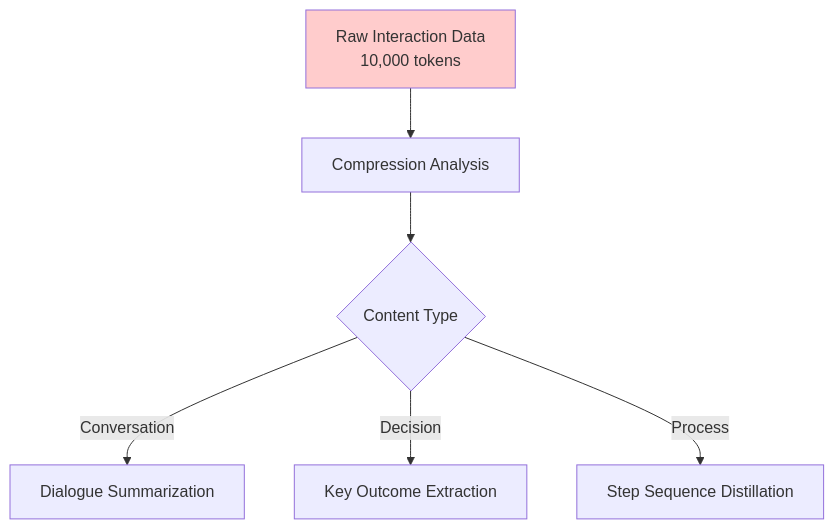
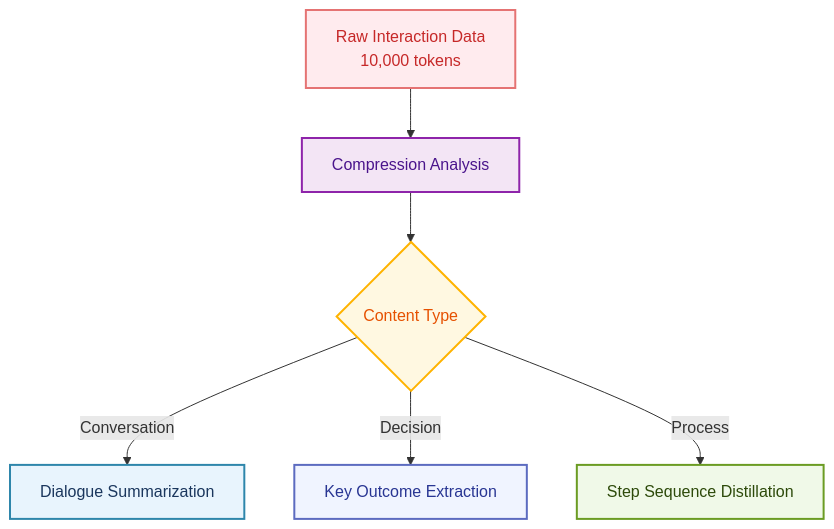
One commit to raphaelmansuy/digital_palace changed the seventh of 17 diagrams in reference/technical-articles/2025-06-29-context-management-llm-agents.md. Above: the diagram before and after it, drawn with Mermaid. The commit also changed other lines of this file, not shown here.

Commit message:
feat: enhance flowchart styles for improved visual clarity and consistency

````diff
--- a/reference/technical-articles/2025-06-29-context-management-llm-agents.md
+++ b/reference/technical-articles/2025-06-29-context-management-llm-agents.md
@@ -287,11 +315,16 @@
 ```mermaid
 flowchart TD
     A[Raw Interaction Data<br/>10,000 tokens] --> B[Compression Analysis]
     
     B --> C{Content Type}
     C -->|Conversation| D[Dialogue Summarization]
     C -->|Decision| E[Key Outcome Extraction]
     C -->|Process| F[Step Sequence Distillation]
     
-    style A fill:#ffcccc
+    style A fill:#FFEBEE,stroke:#E57373,stroke-width:2px,color:#C62828
+    style B fill:#F3E5F5,stroke:#8E24AA,stroke-width:2px,color:#4A148C
+    style C fill:#FFF8E1,stroke:#FFB300,stroke-width:2px,color:#E65100
+    style D fill:#E8F4FD,stroke:#2E86AB,stroke-width:2px,color:#1A365D
+    style E fill:#F0F4FF,stroke:#5C6BC0,stroke-width:2px,color:#283593
+    style F fill:#F0F9E8,stroke:#6B9C23,stroke-width:2px,color:#2D4A0A
 ```
````
